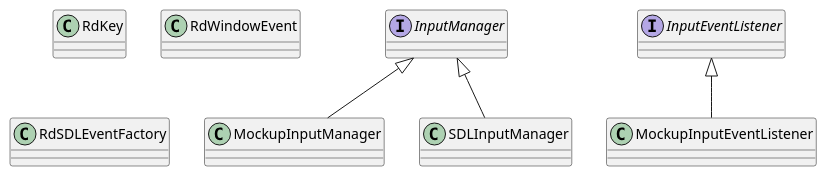
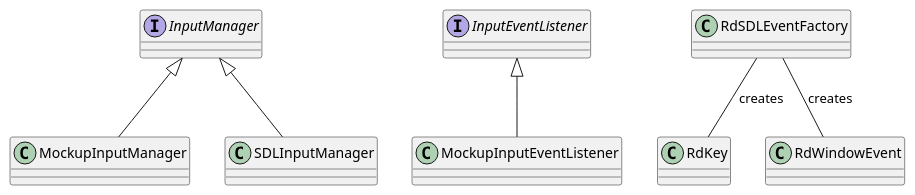
One commit to asrob-uc3m/robotDevastation-developer-manual changed the diagram in en/input-management.md. Above: the diagram before and after it, drawn with PlantUML.

Commit message:
Updates en/input-management.md
Auto commit by GitBook Editor

```diff
--- a/en/input-management.md
+++ b/en/input-management.md
@@ -10,21 +10,24 @@
 {% plantuml %}
 interface InputManager
 
 Class MockupInputManager
 
 InputManager <|-- MockupInputManager
 
 InputManager <|-- SDLInputManager
 
 interface InputEventListener
 
 class MockupInputEventListener
 
 InputEventListener <|-- MockupInputEventListener
 
 class RdKey
 
 class RdWindowEvent
 
 class RdSDLEventFactory
+
+RdSDLEventFactory -- RdKey : creates
+RdSDLEventFactory -- RdWindowEvent : creates
 {% endplantuml %}
```
